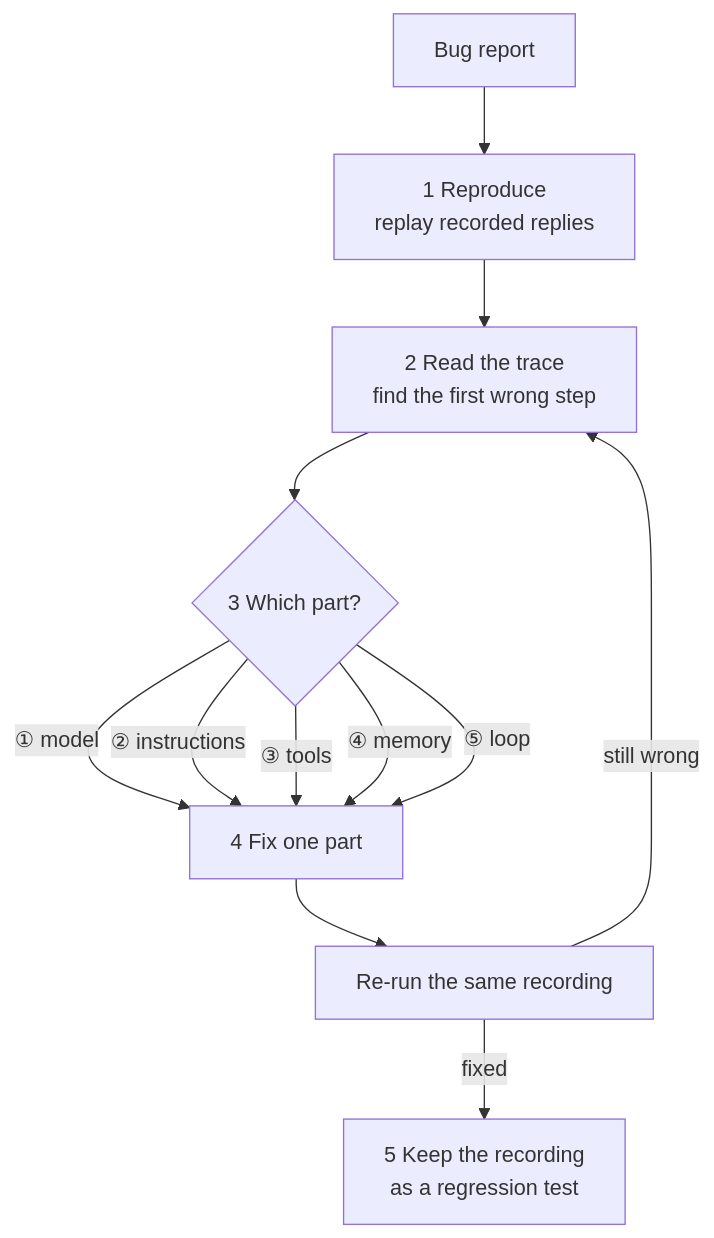
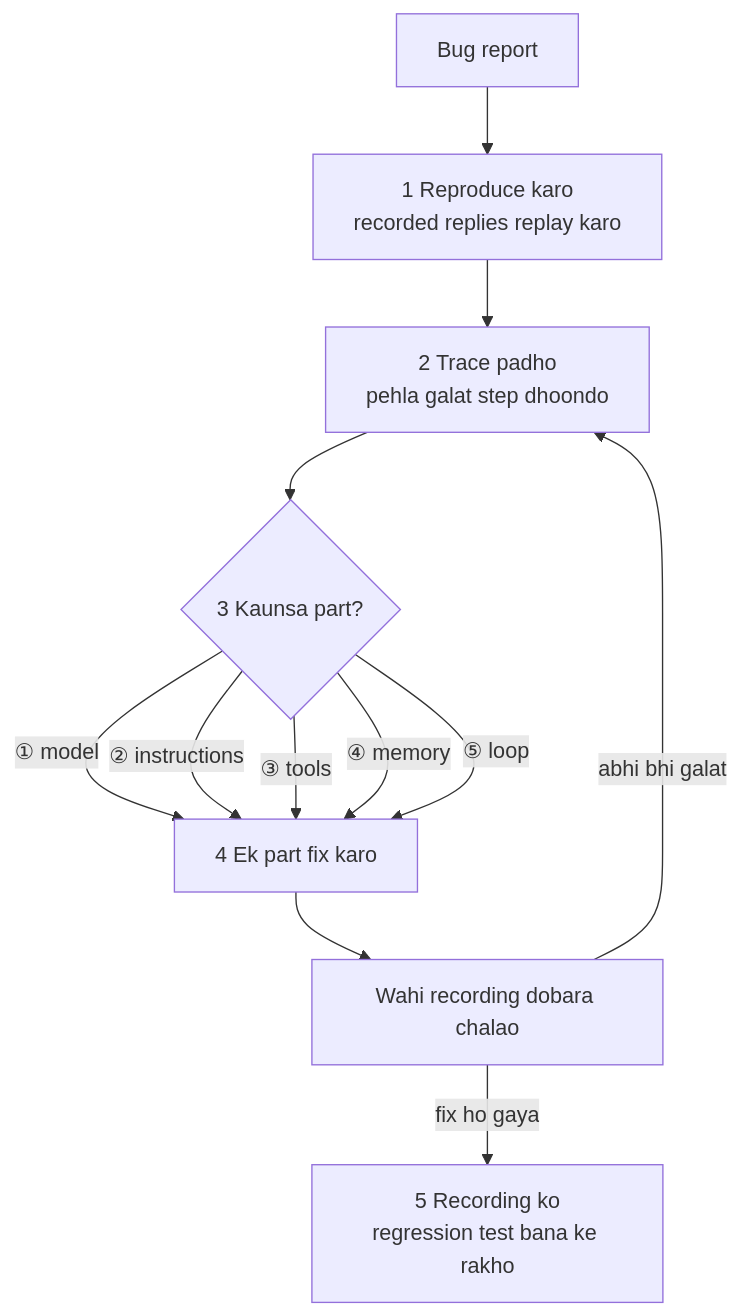
The diagram in docs/14-observability-and-debugging/14.5-debugging-a-broken-agent.md (asmustechno/agentic-ai-notes), drawn with Mermaid before and after one commit. The commit also changed other lines of this file and 135 other files, not shown here.

````diff
--- a/docs/14-observability-and-debugging/14.5-debugging-a-broken-agent.md
+++ b/docs/14-observability-and-debugging/14.5-debugging-a-broken-agent.md
@@ -46,14 +46,14 @@
 ```mermaid
 flowchart TD
-    R["Bug report"] --> P["1 Reproduce<br/>replay recorded replies"]
-    P --> T["2 Read the trace<br/>find the first wrong step"]
-    T --> L{"3 Which part?"}
-    L -->|"① model"| F["4 Fix one part"]
+    R["Bug report"] --> P["1 Reproduce karo<br/>recorded replies replay karo"]
+    P --> T["2 Trace padho<br/>pehla galat step dhoondo"]
+    T --> L{"3 Kaunsa part?"}
+    L -->|"① model"| F["4 Ek part fix karo"]
     L -->|"② instructions"| F
     L -->|"③ tools"| F
     L -->|"④ memory"| F
     L -->|"⑤ loop"| F
-    F --> X["Re-run the same recording"]
-    X -->|"still wrong"| T
-    X -->|"fixed"| G["5 Keep the recording<br/>as a regression test"]
+    F --> X["Wahi recording dobara chalao"]
+    X -->|"abhi bhi galat"| T
+    X -->|"fix ho gaya"| G["5 Recording ko<br/>regression test bana ke rakho"]
 ```
````
